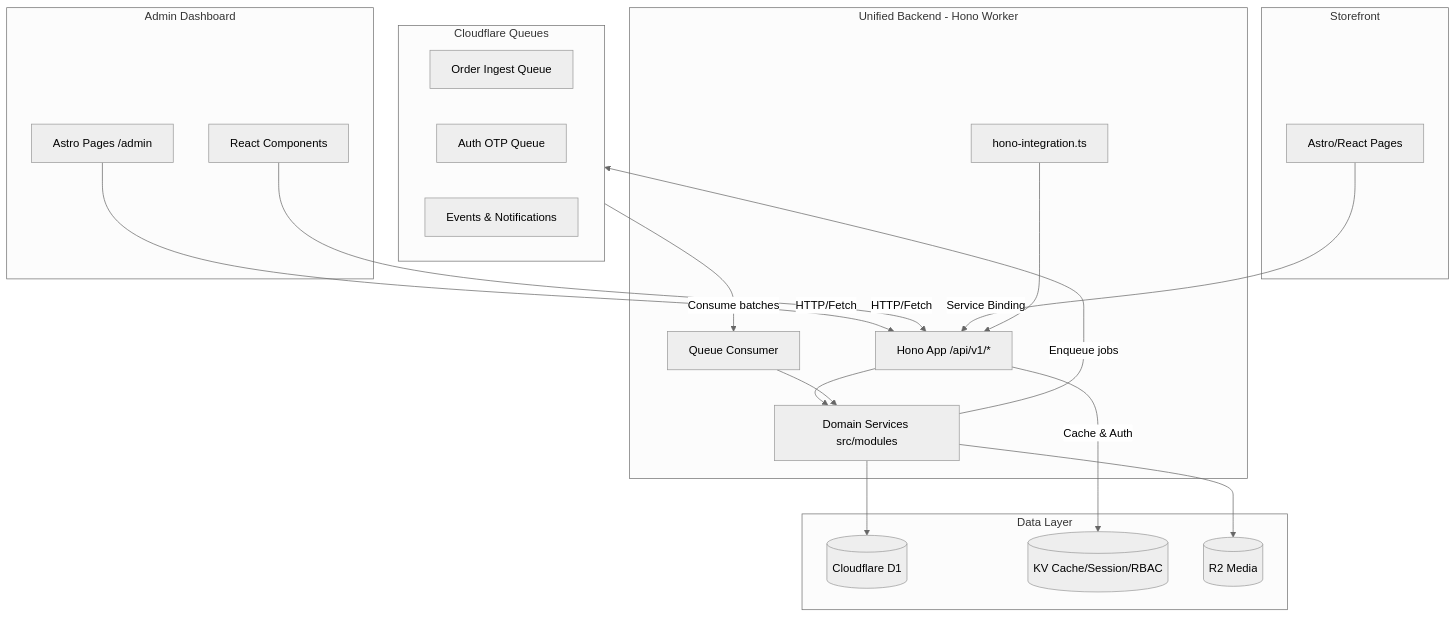
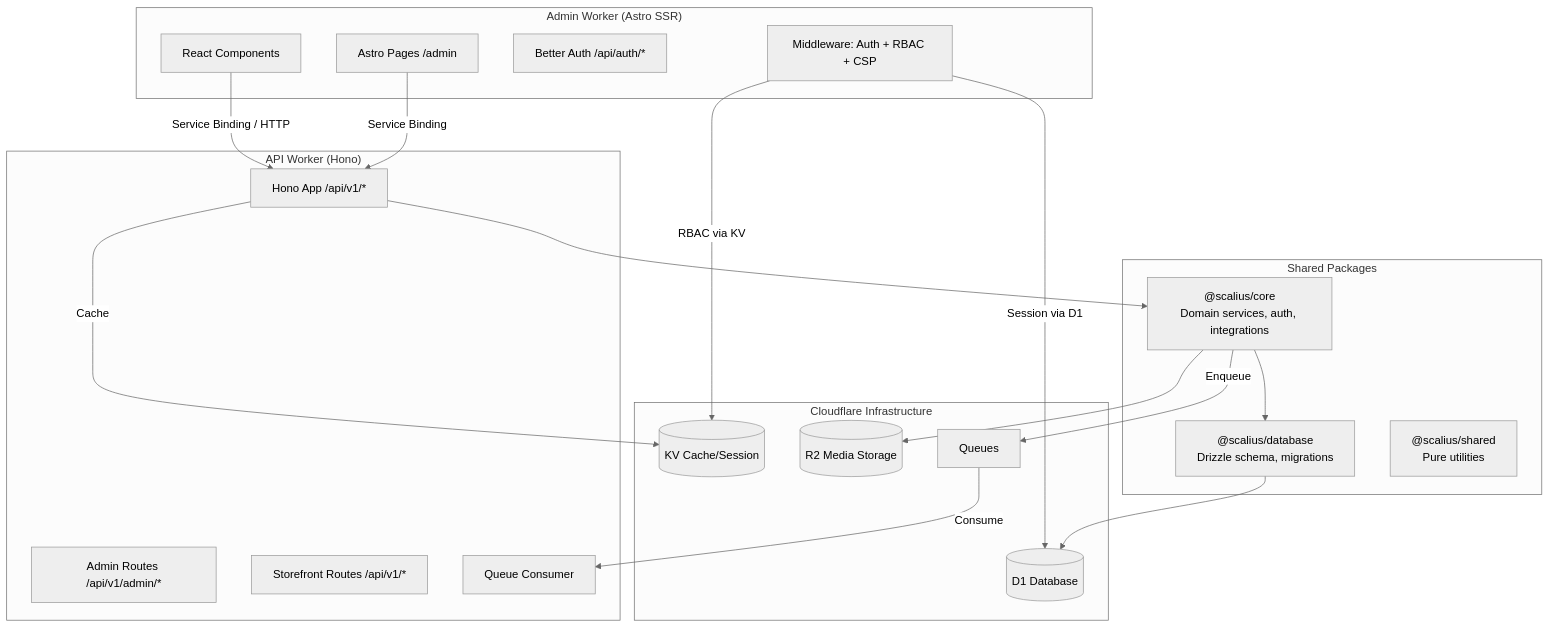
Before and after one commit to scaliuslabs/scalius-commerce-lite: the diagram in README.MD, drawn with Mermaid (neutral theme). The commit also changed other lines of this file and 18 other files, not shown here.

First line of the commit message:
fix: resolve post-migration issues (R2 storage, CSP, auth, scripts)

````diff
--- a/README.MD
+++ b/README.MD
@@ -96,42 +116,41 @@
 ```mermaid
 flowchart TB
-    subgraph Admin [Admin Dashboard]
+    subgraph Admin ["Admin Worker (Astro SSR)"]
         AdminPages[Astro Pages /admin]
         AdminComponents[React Components]
+        AuthPages[Better Auth /api/auth/*]
+        Middleware[Middleware: Auth + RBAC + CSP]
     end
 
-    subgraph Storefront [Storefront]
-        StorefrontPages[Astro/React Pages]
-    end
-
-    subgraph Backend [Unified Backend - Hono Worker]
+    subgraph API ["API Worker (Hono)"]
         HonoApp[Hono App /api/v1/*]
-        AstroIntegration[hono-integration.ts]
-        DomainModules[Domain Services src/modules]
+        AdminAPI[Admin Routes /api/v1/admin/*]
+        StorefrontAPI[Storefront Routes /api/v1/*]
         QueueConsumer[Queue Consumer]
     end
 
-    subgraph Queues [Cloudflare Queues]
-        OrderQueue[Order Ingest Queue]
-        AuthOTPQueue[Auth OTP Queue]
-        NotificationQueue[Events & Notifications]
+    subgraph Packages [Shared Packages]
+        Core["@scalius/core<br/>Domain services, auth, integrations"]
+        Database["@scalius/database<br/>Drizzle schema, migrations"]
+        Shared["@scalius/shared<br/>Pure utilities"]
     end
 
-    subgraph Data [Data Layer]
-        D1[(Cloudflare D1)]
-        KV[(KV Cache/Session/RBAC)]
-        R2[(R2 Media)]
+    subgraph Infra [Cloudflare Infrastructure]
+        D1[(D1 Database)]
+        KV[(KV Cache/Session)]
+        R2[(R2 Media Storage)]
+        Queues[Queues]
     end
 
-    AdminPages -->|HTTP/Fetch| HonoApp
-    AdminComponents -->|HTTP/Fetch| HonoApp
-    StorefrontPages -->|Service Binding| HonoApp
-    AstroIntegration --> HonoApp
-    HonoApp --> DomainModules
-    DomainModules --> D1
-    HonoApp -->|Cache & Auth| KV
-    DomainModules --> R2
-    DomainModules -->|Enqueue jobs| Queues
-    Queues -->|Consume batches| QueueConsumer
-    QueueConsumer --> DomainModules
+    AdminPages -->|Service Binding| HonoApp
+    AdminComponents -->|Service Binding / HTTP| HonoApp
+    HonoApp --> Core
+    Core --> Database
+    Database --> D1
+    HonoApp -->|Cache| KV
+    Core --> R2
+    Core -->|Enqueue| Queues
+    Queues -->|Consume| QueueConsumer
+    Middleware -->|Session via D1| D1
+    Middleware -->|RBAC via KV| KV
 ```
````
